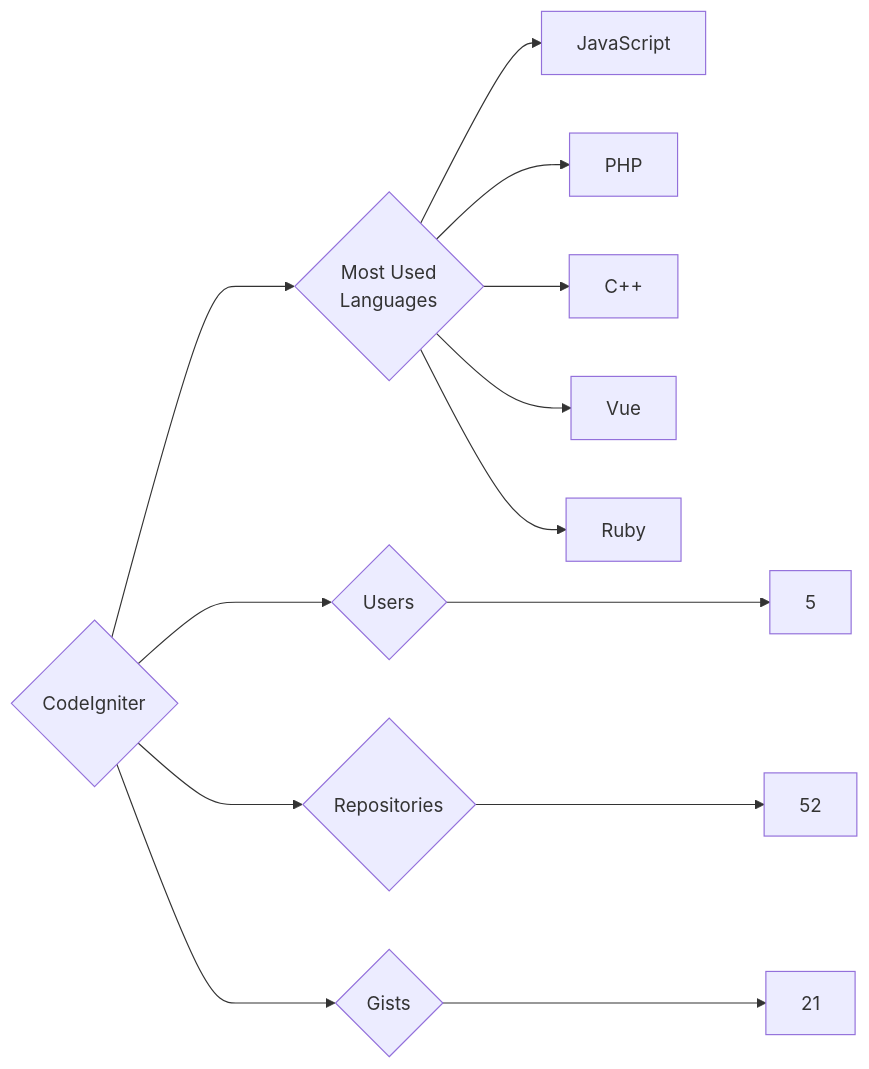
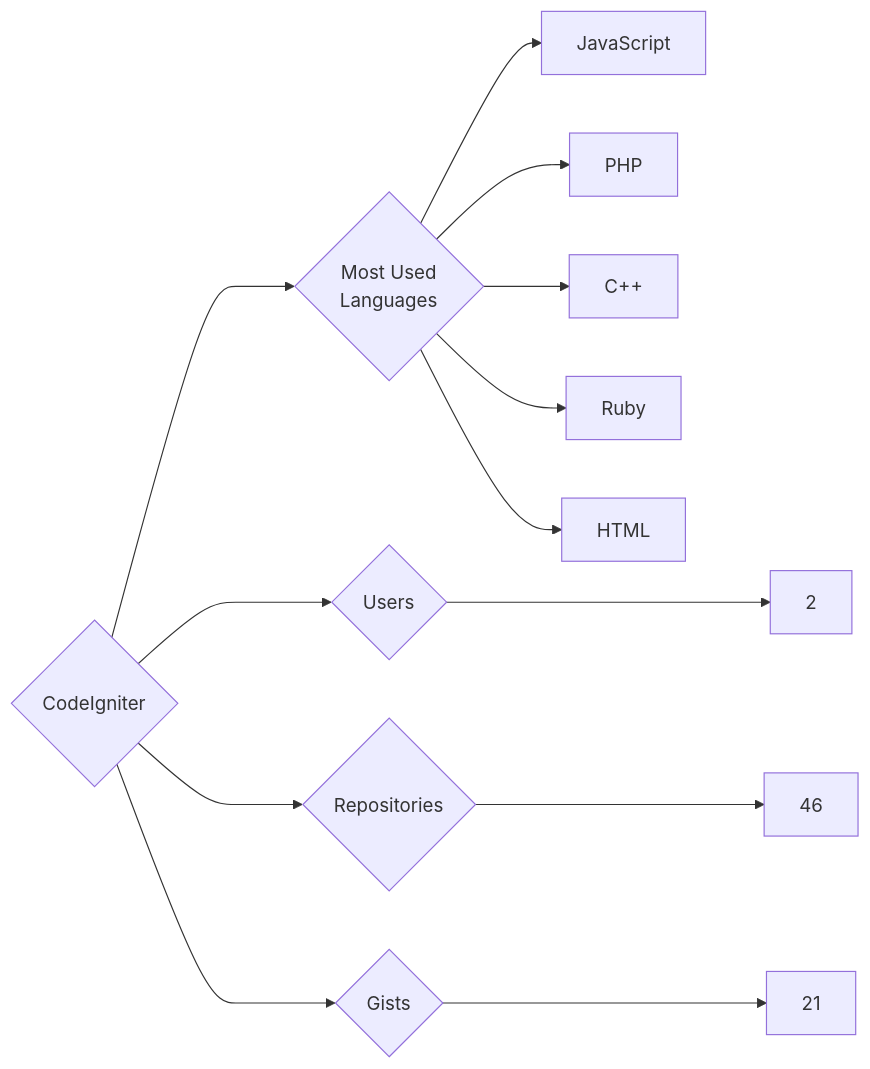
Before and after one commit to trickest/insiders: the diagram in targets/CodeIgniter/README.md, drawn with Mermaid. The commit also changed 757 other files, not shown here.

````diff
--- a/targets/CodeIgniter/README.md
+++ b/targets/CodeIgniter/README.md
@@ -3,13 +3,13 @@
 ```mermaid
 graph LR
 COMPANY_NAME{CodeIgniter}
-COMPANY_NAME ---> U{Users} ---> UN[5]
-COMPANY_NAME ---> R{Repositories} ---> RN[52]
+COMPANY_NAME ---> U{Users} ---> UN[2]
+COMPANY_NAME ---> R{Repositories} ---> RN[46]
 COMPANY_NAME ---> G{Gists} ---> GN[21]
 COMPANY_NAME ---> ML{Most Used<br>Languages}
 ML --> JavaScript[JavaScript]
 ML --> PHP[PHP]
 ML --> C++[C++]
-ML --> Vue[Vue]
 ML --> Ruby[Ruby]
+ML --> HTML[HTML]
 ```
````
